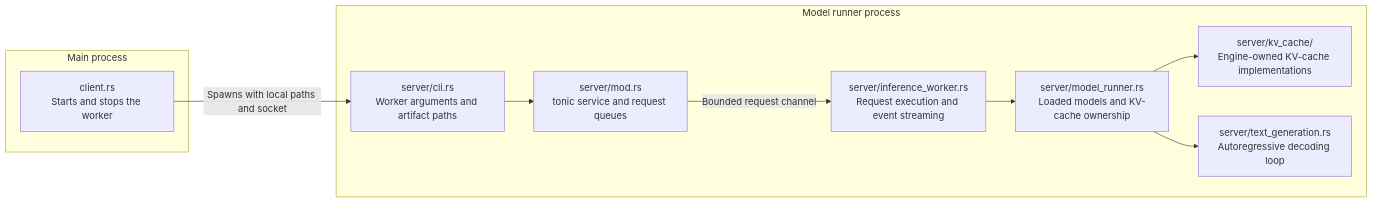
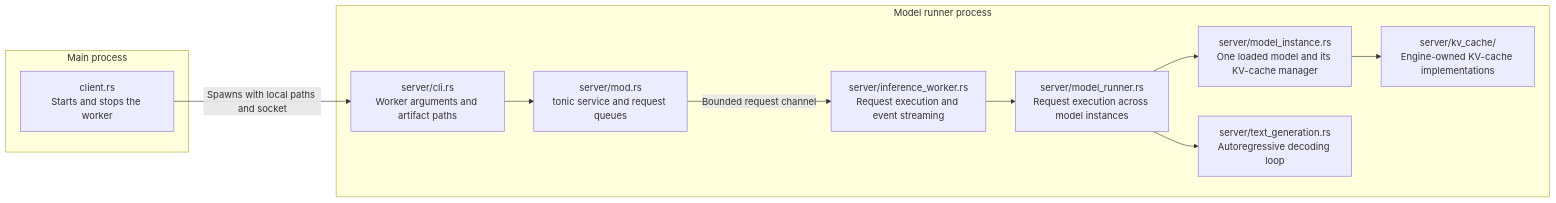
One commit to lun0522/mini-vllm-rs changed the first of 2 diagrams in src/model_runner/README.md. Above: the diagram before and after it, drawn with Mermaid. The commit also changed other lines of this file and 10 other files, not shown here.

First line of the commit message:
Refactor: Simplify request-aware model and KV-cache execution

````diff
--- a/src/model_runner/README.md
+++ b/src/model_runner/README.md
@@ -6,22 +6,24 @@
 ```mermaid
 flowchart LR
     subgraph Main[Main process]
         Client["client.rs<br/>Starts and stops the worker"]
     end
 
     subgraph Worker[Model runner process]
         Server["server/mod.rs<br/>tonic service and request queues"]
         Cli["server/cli.rs<br/>Worker arguments and artifact paths"]
         KvCache["server/kv_cache/<br/>Engine-owned KV-cache implementations"]
         InferenceWorker["server/inference_worker.rs<br/>Request execution and event streaming"]
-        ModelRunner["server/model_runner.rs<br/>Loaded models and KV-cache ownership"]
+        ModelRunner["server/model_runner.rs<br/>Request execution across model instances"]
+        ModelInstance["server/model_instance.rs<br/>One loaded model and its KV-cache manager"]
         TextGeneration["server/text_generation.rs<br/>Autoregressive decoding loop"]
     end
 
     Client -->|"Spawns with local paths and socket"| Cli
     Cli --> Server
     Server -->|"Bounded request channel"| InferenceWorker
     InferenceWorker --> ModelRunner
-    ModelRunner --> KvCache
+    ModelRunner --> ModelInstance
+    ModelInstance --> KvCache
     ModelRunner --> TextGeneration
 ```
````
